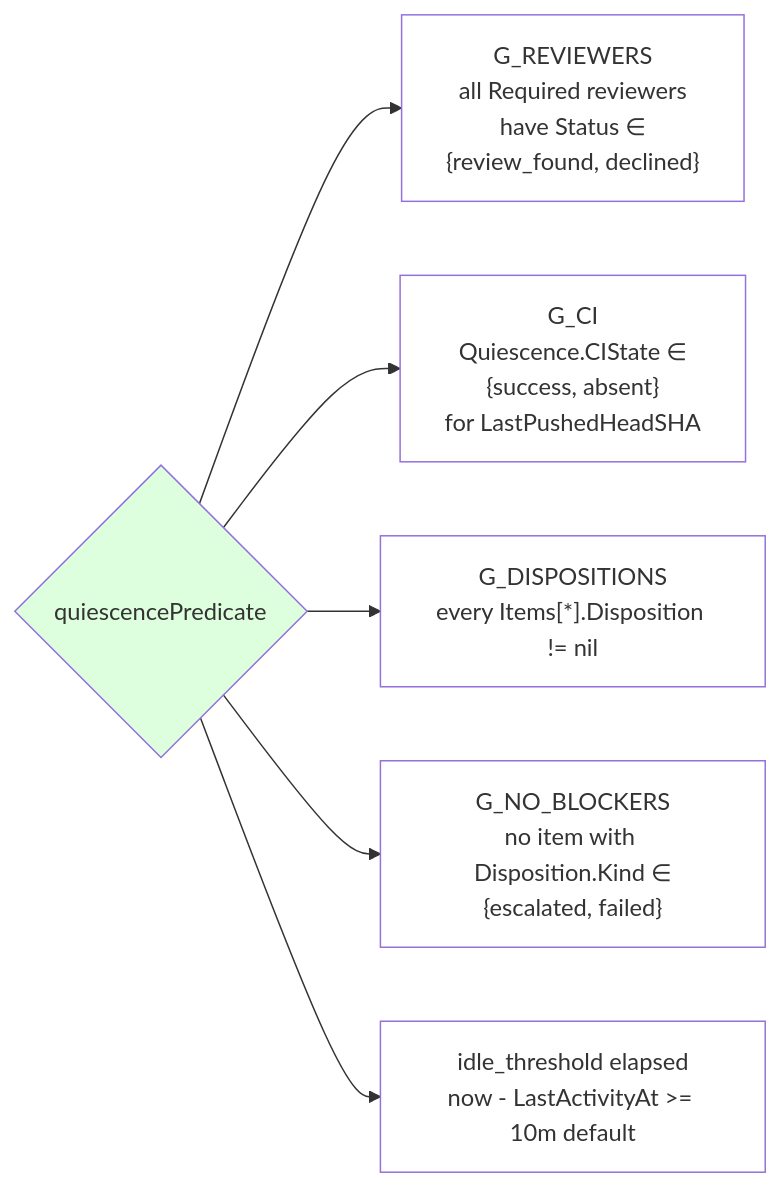
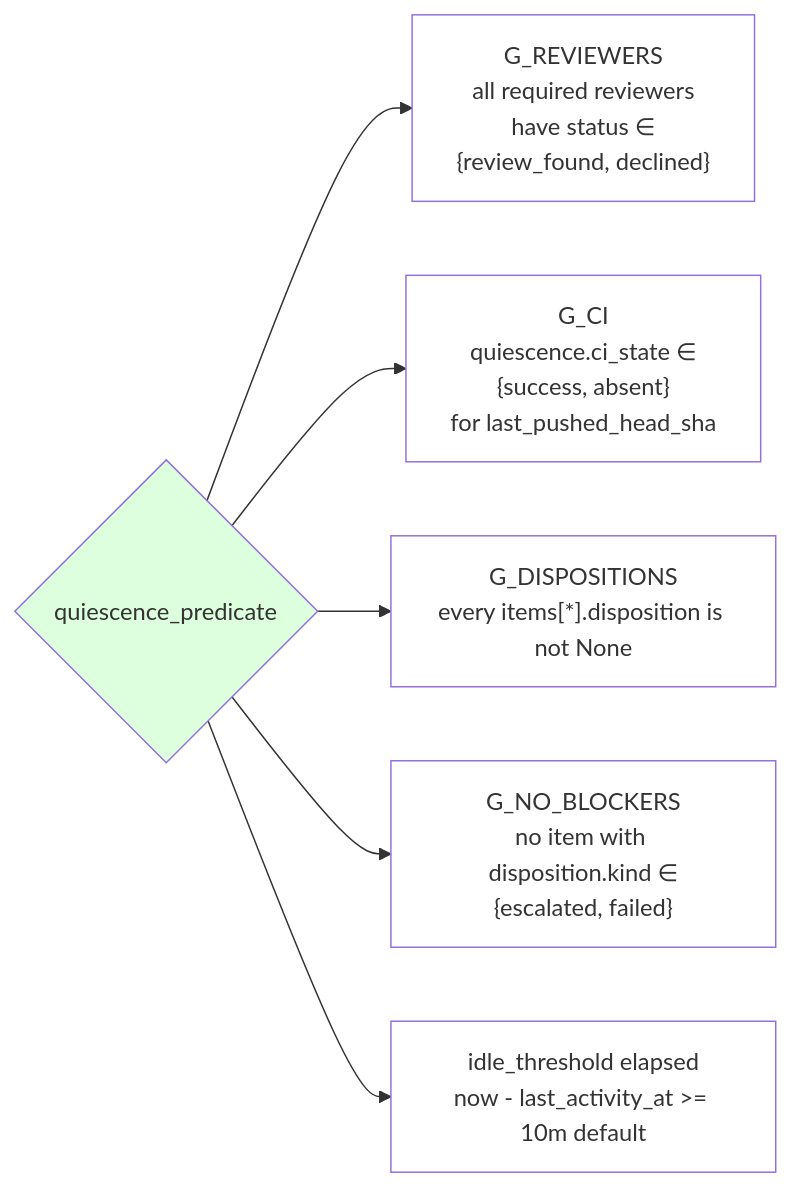
Before and after one commit to scotthamilton77/agents-config: the second of 2 diagrams in docs/architecture/prgroom/state-machine.md, drawn with Mermaid. The commit also changed other lines of this file and 9 other files, not shown here.

First line of the commit message:
docs(prgroom): convert architecture HLDs from Go to Python (fca6.14) (#132)

````diff
--- a/docs/architecture/prgroom/state-machine.md
+++ b/docs/architecture/prgroom/state-machine.md
@@ -125,22 +125,22 @@
 ```mermaid
 flowchart LR
-    Q{quiescencePredicate}
-    G1["G_REVIEWERS<br/>all Required reviewers<br/>have Status ∈<br/>{review_found, declined}"]
-    G2["G_CI<br/>Quiescence.CIState ∈<br/>{success, absent}<br/>for LastPushedHeadSHA"]
-    G3["G_DISPOSITIONS<br/>every Items[*].Disposition != nil"]
-    G4["G_NO_BLOCKERS<br/>no item with Disposition.Kind ∈<br/>{escalated, failed}"]
-    G5["idle_threshold elapsed<br/>now - LastActivityAt >= 10m default"]
+    Q{quiescence_predicate}
+    G1["G_REVIEWERS<br/>all required reviewers<br/>have status ∈<br/>{review_found, declined}"]
+    G2["G_CI<br/>quiescence.ci_state ∈<br/>{success, absent}<br/>for last_pushed_head_sha"]
+    G3["G_DISPOSITIONS<br/>every items[*].disposition is not None"]
+    G4["G_NO_BLOCKERS<br/>no item with disposition.kind ∈<br/>{escalated, failed}"]
+    G5["idle_threshold elapsed<br/>now - last_activity_at >= 10m default"]
 
     Q --> G1
     Q --> G2
     Q --> G3
     Q --> G4
     Q --> G5
 
     style Q fill:#ddffdd
     style G1 fill:#fff
     style G2 fill:#fff
     style G3 fill:#fff
     style G4 fill:#fff
     style G5 fill:#fff
 ```
````
